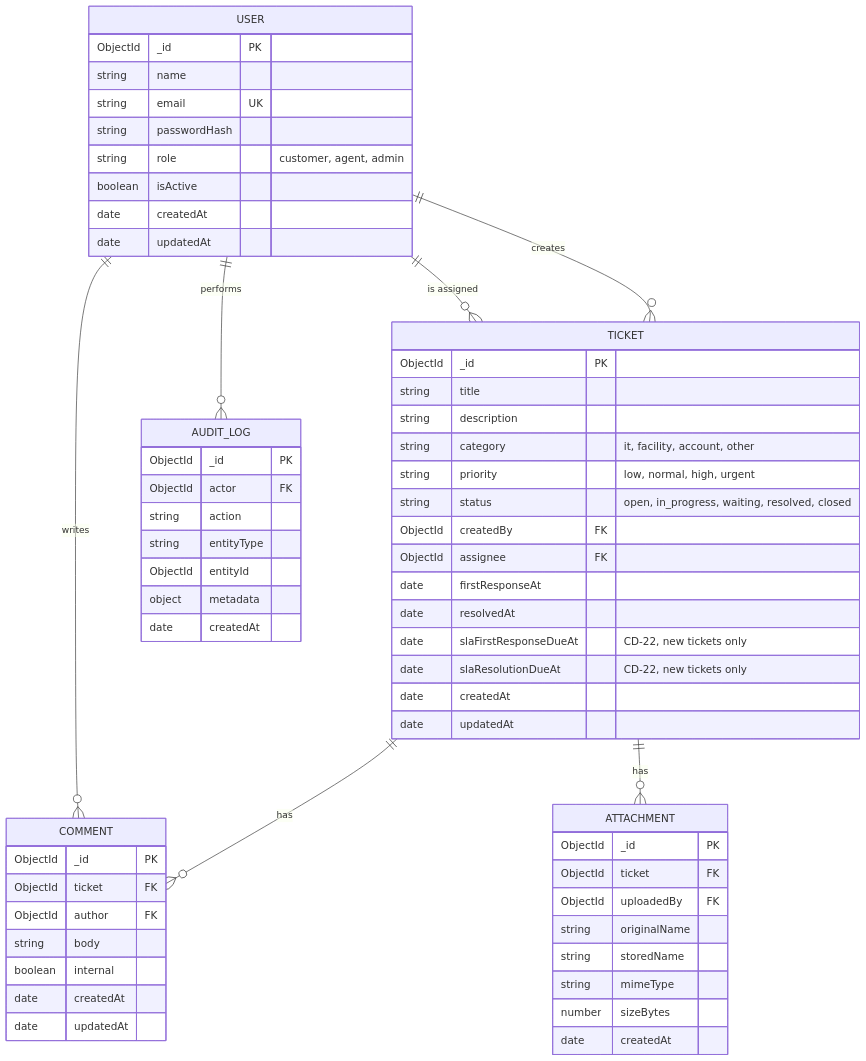
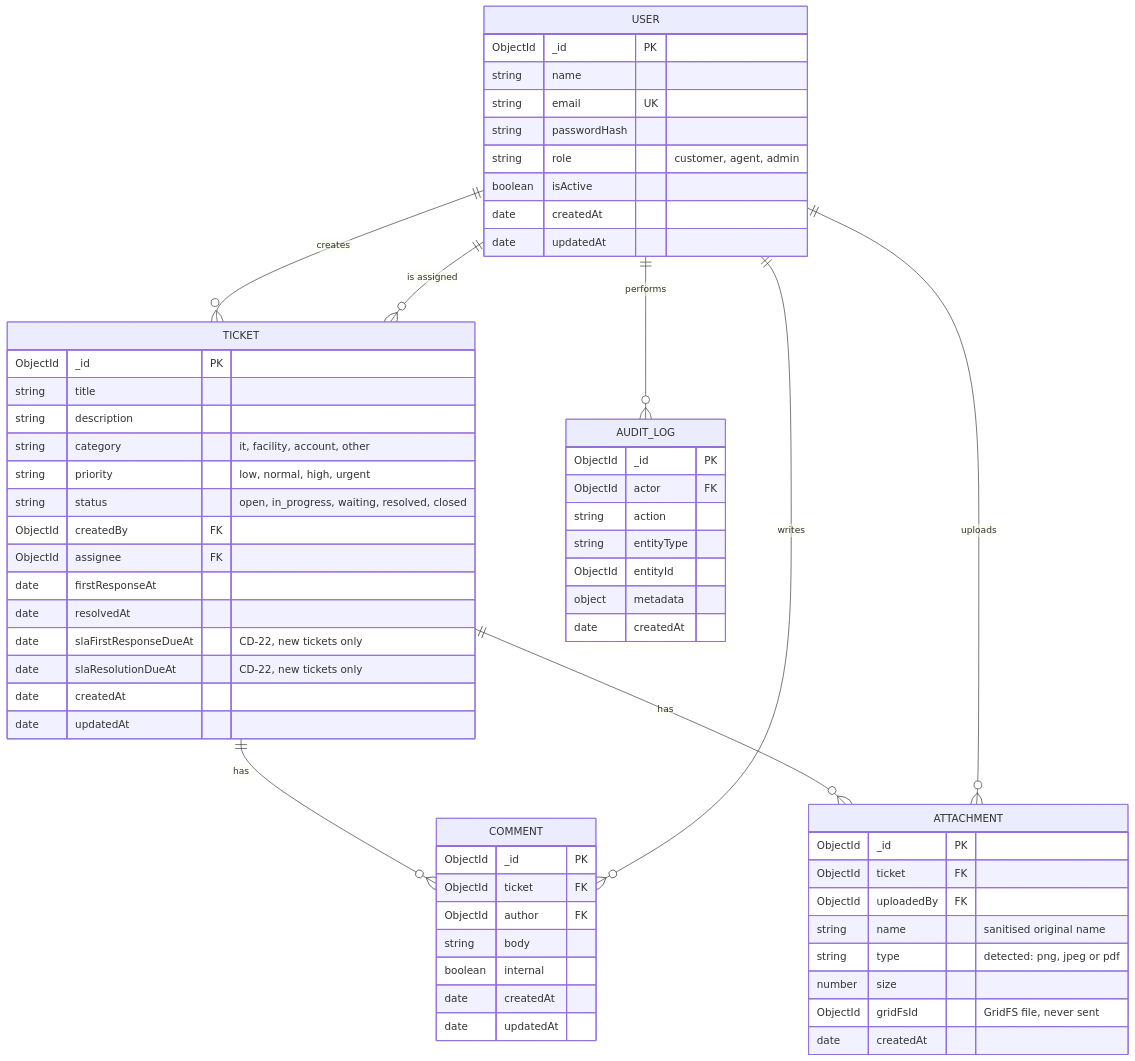
Before and after one commit to soltaniheb23/ClinicDesk: the diagram in docs/er-diagram.md, drawn with Mermaid. The commit also changed 6 other files, not shown here.

````diff
--- a/docs/er-diagram.md
+++ b/docs/er-diagram.md
@@ -3,64 +3,65 @@
 ```mermaid
 erDiagram
     USER ||--o{ TICKET : creates
     USER ||--o{ TICKET : "is assigned"
     TICKET ||--o{ COMMENT : has
     USER ||--o{ COMMENT : writes
     TICKET ||--o{ ATTACHMENT : has
+    USER ||--o{ ATTACHMENT : uploads
     USER ||--o{ AUDIT_LOG : performs
 
     USER {
         ObjectId _id PK
         string name
         string email UK
         string passwordHash
         string role "customer, agent, admin"
         boolean isActive
         date createdAt
         date updatedAt
     }
     TICKET {
         ObjectId _id PK
         string title
         string description
         string category "it, facility, account, other"
         string priority "low, normal, high, urgent"
         string status "open, in_progress, waiting, resolved, closed"
         ObjectId createdBy FK
         ObjectId assignee FK
         date firstResponseAt
         date resolvedAt
         date slaFirstResponseDueAt "CD-22, new tickets only"
         date slaResolutionDueAt "CD-22, new tickets only"
         date createdAt
         date updatedAt
     }
     COMMENT {
         ObjectId _id PK
         ObjectId ticket FK
         ObjectId author FK
         string body
         boolean internal
         date createdAt
         date updatedAt
     }
     ATTACHMENT {
         ObjectId _id PK
         ObjectId ticket FK
         ObjectId uploadedBy FK
-        string originalName
-        string storedName
-        string mimeType
-        number sizeBytes
+        string name "sanitised original name"
+        string type "detected: png, jpeg or pdf"
+        number size
+        ObjectId gridFsId "GridFS file, never sent"
         date createdAt
     }
     AUDIT_LOG {
         ObjectId _id PK
         ObjectId actor FK
         string action
         string entityType
         ObjectId entityId
         object metadata
         date createdAt
     }
 ```
````
